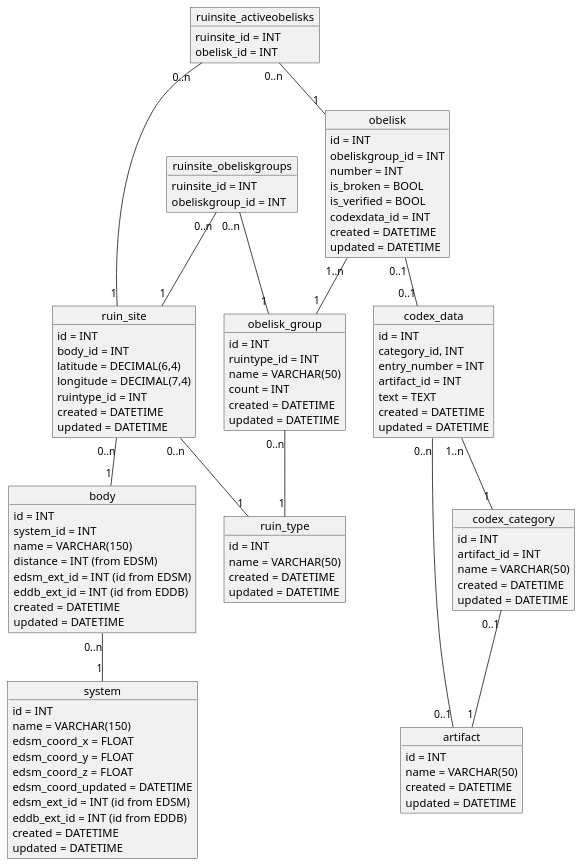
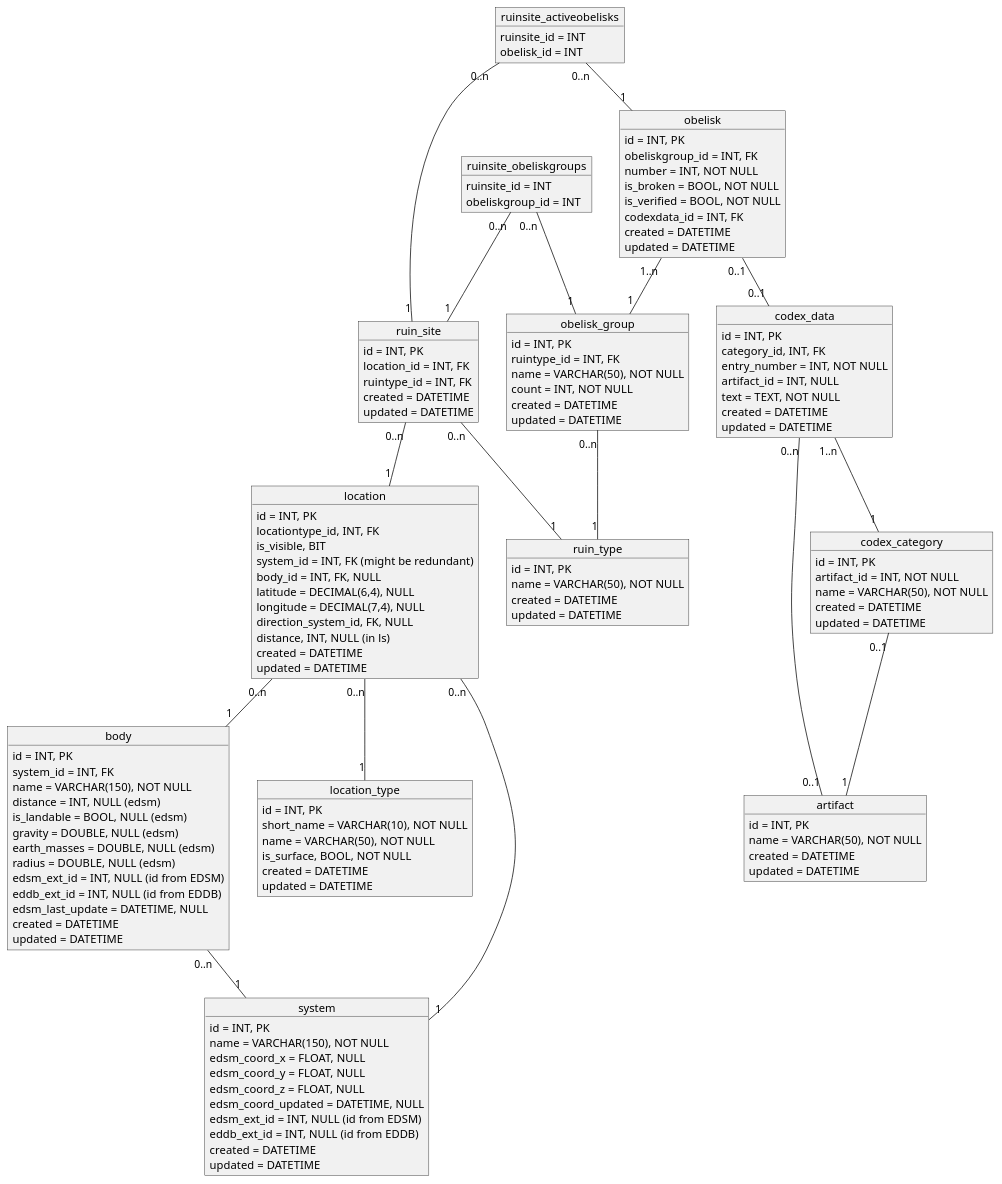
The diagram in docs/design/db/ruinsdb.puml (canonn-science/CanonnApi), drawn with PlantUML before and after one commit. The commit also changed 4 other files, not shown here.

```diff
--- a/docs/design/db/ruinsdb.puml
+++ b/docs/design/db/ruinsdb.puml
@@ -1,118 +1,151 @@
 @startuml
 
 object artifact
-artifact : id = INT
-artifact : name = VARCHAR(50)
+artifact : id = INT, PK
+artifact : name = VARCHAR(50), NOT NULL
 artifact : created = DATETIME
 artifact : updated = DATETIME
 
 
 object codex_category
-codex_category : id = INT
-codex_category : artifact_id = INT
-codex_category : name = VARCHAR(50)
+codex_category : id = INT, PK
+codex_category : artifact_id = INT, NOT NULL
+codex_category : name = VARCHAR(50), NOT NULL
 codex_category : created = DATETIME
 codex_category : updated = DATETIME
 
 codex_category "0..1" -- "1" artifact
 
 
 object codex_data
-codex_data : id = INT
-codex_data : category_id, INT
-codex_data : entry_number = INT
-codex_data : artifact_id = INT
-codex_data : text = TEXT
+codex_data : id = INT, PK
+codex_data : category_id, INT, FK
+codex_data : entry_number = INT, NOT NULL
+codex_data : artifact_id = INT, NULL
+codex_data : text = TEXT, NOT NULL
 codex_data : created = DATETIME
 codex_data : updated = DATETIME
 
 codex_data "1..n" -- "1" codex_category
 codex_data "0..n" -- "0..1" artifact
 
+
 object ruin_type
-ruin_type : id = INT
-ruin_type : name = VARCHAR(50)
+ruin_type : id = INT, PK
+ruin_type : name = VARCHAR(50), NOT NULL
 ruin_type : created = DATETIME
 ruin_type : updated = DATETIME
 
 
 object obelisk_group
-obelisk_group : id = INT
-obelisk_group : ruintype_id = INT
-obelisk_group : name = VARCHAR(50)
-obelisk_group : count = INT
+obelisk_group : id = INT, PK
+obelisk_group : ruintype_id = INT, FK
+obelisk_group : name = VARCHAR(50), NOT NULL
+obelisk_group : count = INT, NOT NULL
 obelisk_group : created = DATETIME
 obelisk_group : updated = DATETIME
 
 obelisk_group "0..n" -- "1" ruin_type
 
 
 object obelisk
-obelisk : id = INT
-obelisk : obeliskgroup_id = INT
-obelisk : number = INT
-obelisk : is_broken = BOOL
-obelisk : is_verified = BOOL
-obelisk : codexdata_id = INT
+obelisk : id = INT, PK
+obelisk : obeliskgroup_id = INT, FK
+obelisk : number = INT, NOT NULL
+obelisk : is_broken = BOOL, NOT NULL
+obelisk : is_verified = BOOL, NOT NULL
+obelisk : codexdata_id = INT, FK
 obelisk : created = DATETIME
 obelisk : updated = DATETIME
 
 obelisk "1..n" -- "1" obelisk_group
 obelisk "0..1" -- "0..1" codex_data
 
 
 object system
-system : id = INT
-system : name = VARCHAR(150)
-system : edsm_coord_x = FLOAT
-system : edsm_coord_y = FLOAT
-system : edsm_coord_z = FLOAT
-system : edsm_coord_updated = DATETIME
-system : edsm_ext_id = INT (id from EDSM)
-system : eddb_ext_id = INT (id from EDDB)
+system : id = INT, PK
+system : name = VARCHAR(150), NOT NULL
+system : edsm_coord_x = FLOAT, NULL
+system : edsm_coord_y = FLOAT, NULL
+system : edsm_coord_z = FLOAT, NULL
+system : edsm_coord_updated = DATETIME, NULL
+system : edsm_ext_id = INT, NULL (id from EDSM)
+system : eddb_ext_id = INT, NULL (id from EDDB)
 system : created = DATETIME
 system : updated = DATETIME
 
 
 object body
-body : id = INT
-body : system_id = INT
-body : name = VARCHAR(150)
-body : distance = INT (from EDSM)
-body : edsm_ext_id = INT (id from EDSM)
-body : eddb_ext_id = INT (id from EDDB)
+body : id = INT, PK
+body : system_id = INT, FK
+body : name = VARCHAR(150), NOT NULL
+body : distance = INT, NULL (edsm)
+body : is_landable = BOOL, NULL (edsm)
+body : gravity = DOUBLE, NULL (edsm)
+body : earth_masses = DOUBLE, NULL (edsm)
+body : radius = DOUBLE, NULL (edsm)
+body : edsm_ext_id = INT, NULL (id from EDSM)
+body : eddb_ext_id = INT, NULL (id from EDDB)
+body : edsm_last_update = DATETIME, NULL
 body : created = DATETIME
 body : updated = DATETIME
+
 
 body "0..n" -- "1" system
 
 
+object location_type
+location_type : id = INT, PK
+location_type : short_name = VARCHAR(10), NOT NULL
+location_type : name = VARCHAR(50), NOT NULL
+location_type : is_surface, BOOL, NOT NULL
+location_type : created = DATETIME
+location_type : updated = DATETIME
+
+
+object location
+location : id = INT, PK
+location : locationtype_id, INT, FK
+location : is_visible, BIT
+location : system_id = INT, FK (might be redundant)
+location : body_id = INT, FK, NULL
+location : latitude = DECIMAL(6,4), NULL
+location : longitude = DECIMAL(7,4), NULL
+location : direction_system_id, FK, NULL
+location : distance, INT, NULL (in ls)
+location : created = DATETIME
+location : updated = DATETIME
+
+location "0..n" -- "1" location_type
+location "0..n" -- "1" system
+location "0..n" -- "1" body
+
+
+
 object ruin_site
-ruin_site : id = INT
-ruin_site : body_id = INT
-ruin_site : latitude = DECIMAL(6,4)
-ruin_site : longitude = DECIMAL(7,4)
-ruin_site : ruintype_id = INT
+ruin_site : id = INT, PK
+ruin_site : location_id = INT, FK
+ruin_site : ruintype_id = INT, FK
 ruin_site : created = DATETIME
 ruin_site : updated = DATETIME
 
-ruin_site "0..n" -- "1" body
+ruin_site "0..n" -- "1" location
 ruin_site "0..n" -- "1" ruin_type
 
 
 object ruinsite_obeliskgroups
 ruinsite_obeliskgroups : ruinsite_id = INT
 ruinsite_obeliskgroups : obeliskgroup_id = INT
 
 ruinsite_obeliskgroups "0..n" -- "1" ruin_site
 ruinsite_obeliskgroups "0..n" -- "1" obelisk_group
 
 
 object ruinsite_activeobelisks
 ruinsite_activeobelisks : ruinsite_id = INT
 ruinsite_activeobelisks : obelisk_id = INT
 
 ruinsite_activeobelisks "0..n" -- "1" ruin_site
 ruinsite_activeobelisks "0..n" -- "1" obelisk
 
 @enduml
```
